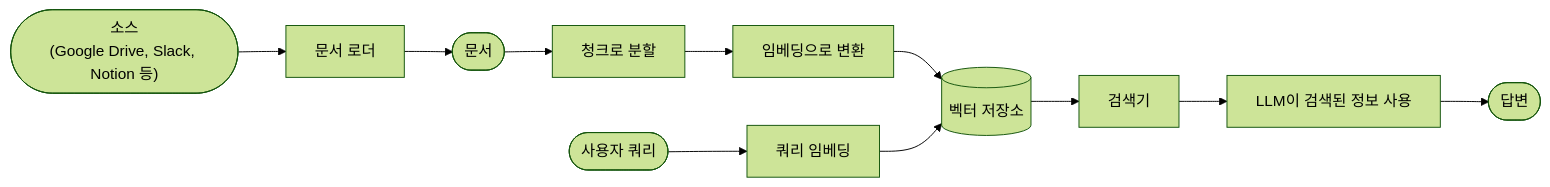
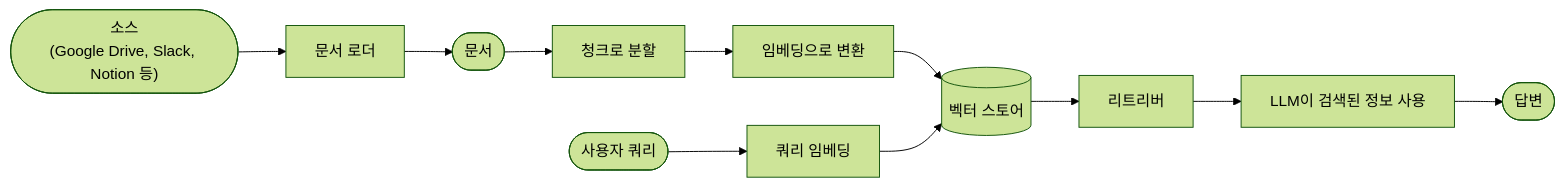
The first of 4 diagrams in build/oss/javascript/langchain/retrieval.mdx (jeongsk/langchain-docs), drawn with Mermaid (forest theme) before and after one commit. The commit also changed other lines of this file and 1023 other files, not shown here.

````diff
--- a/build/oss/javascript/langchain/retrieval.mdx
+++ b/build/oss/javascript/langchain/retrieval.mdx
@@ -48,13 +49,13 @@
 ```mermaid
 flowchart LR
   S(["소스<br>(Google Drive, Slack, Notion 등)"]) --> L[문서 로더]
   L --> A([문서])
   A --> B[청크로 분할]
   B --> C[임베딩으로 변환]
-  C --> D[(벡터 저장소)]
+  C --> D[(벡터 스토어)]
   Q([사용자 쿼리]) --> E[쿼리 임베딩]
   E --> D
-  D --> F[검색기]
+  D --> F[리트리버]
   F --> G[LLM이 검색된 정보 사용]
   G --> H([답변])
 ```
````
